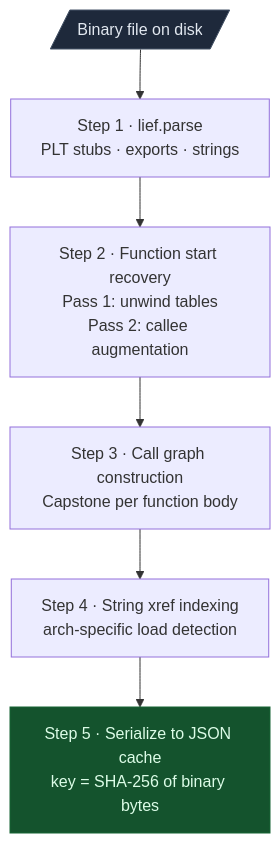
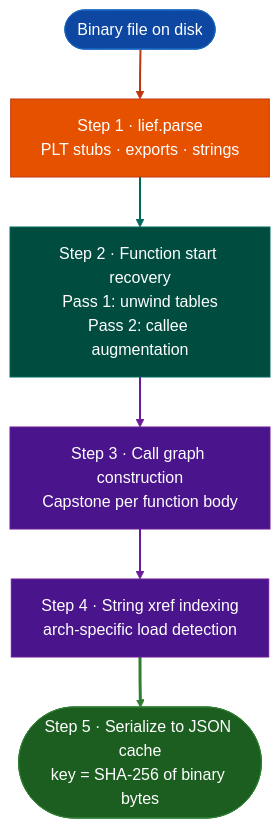
One commit to Ablation-Tool/ablation changed the first of 5 diagrams in docs/reference-modules/on-demand-analysis.md. Above: the diagram before and after it, drawn with Mermaid. The commit also changed other lines of this file and 320 other files, not shown here.

First line of the commit message:
docs: apply canonical Mermaid template to all 321 diagrams

````diff
--- a/docs/reference-modules/on-demand-analysis.md
+++ b/docs/reference-modules/on-demand-analysis.md
@@ -27,11 +27,19 @@
 ```mermaid
 flowchart TD
-    A[/"Binary file on disk"/] --> B["Step 1 · lief.parse\nPLT stubs · exports · strings"]
-    B --> F["Step 2 · Function start recovery\nPass 1: unwind tables\nPass 2: callee augmentation"]
-    F --> J["Step 3 · Call graph construction\nCapstone per function body"]
-    J --> K["Step 4 · String xref indexing\narch-specific load detection"]
-    K --> L["Step 5 · Serialize to JSON cache\nkey = SHA-256 of binary bytes"]
-
-    style A fill:#1e293b,stroke:#475569,color:#e2e8f0
-    style L fill:#14532d,stroke:#166534,color:#dcfce7
+    A(["Binary file on disk"]):::input --> B["Step 1 · lief.parse\nPLT stubs · exports · strings"]:::primary
+    B:::primary --> F["Step 2 · Function start recovery\nPass 1: unwind tables\nPass 2: callee augmentation"]:::secondary
+    F:::secondary --> J["Step 3 · Call graph construction\nCapstone per function body"]:::tertiary
+    J:::tertiary --> K["Step 4 · String xref indexing\narch-specific load detection"]:::tertiary
+    K:::tertiary --> L(["Step 5 · Serialize to JSON cache\nkey = SHA-256 of binary bytes"]):::output
+    classDef input     fill:#0d47a1,stroke:#1565c0,color:#fff
+    classDef primary   fill:#e65100,stroke:#bf360c,color:#fff
+    classDef secondary fill:#004d40,stroke:#00695c,color:#fff
+    classDef tertiary  fill:#4a148c,stroke:#6a1b9a,color:#fff
+    classDef neutral   fill:#37474f,stroke:#546e7a,color:#fff
+    classDef output    fill:#1b5e20,stroke:#2e7d32,color:#fff
+    linkStyle 0 stroke:#bf360c,stroke-width:2px
+    linkStyle 1 stroke:#00695c,stroke-width:2px
+    linkStyle 2 stroke:#6a1b9a,stroke-width:2px
+    linkStyle 3 stroke:#6a1b9a,stroke-width:2px
+    linkStyle 4 stroke:#2e7d32,stroke-width:3px
 ```
````
